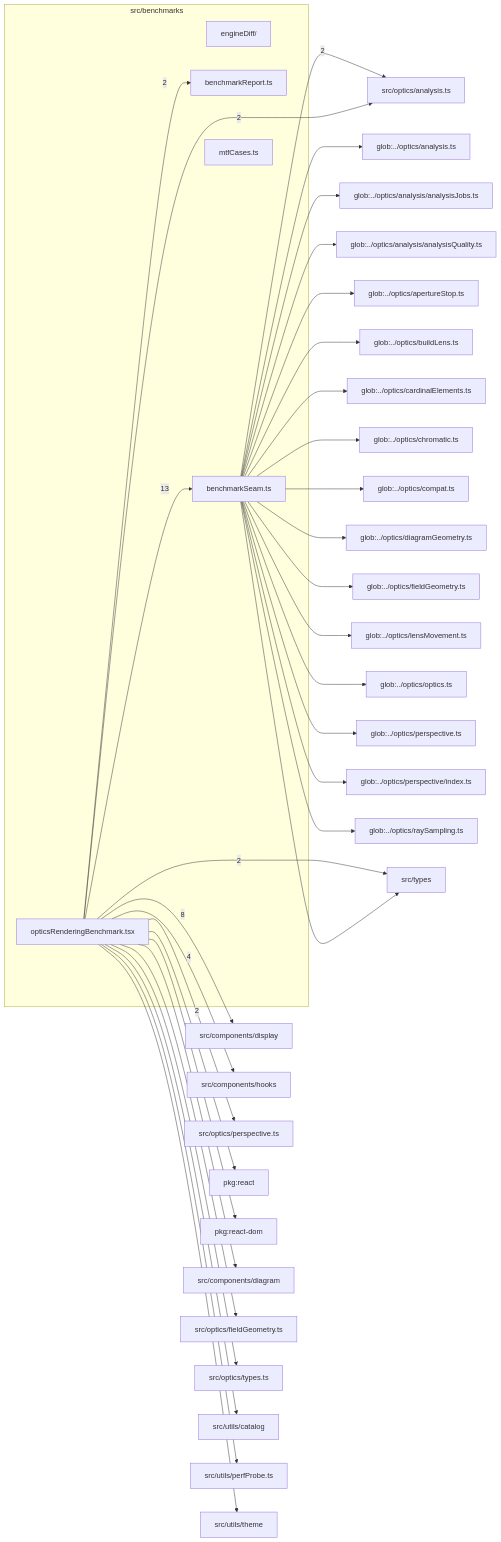
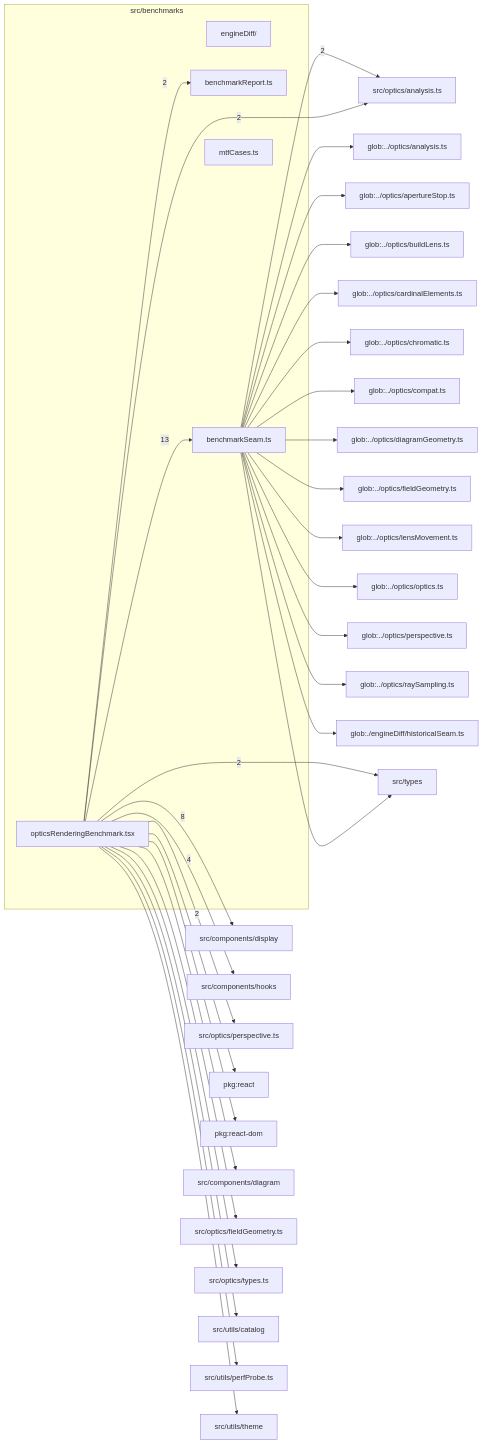
Before and after one commit to ronbuening/LensVisualizer: the diagram in src/benchmarks/readme.md, drawn with Mermaid. The commit also changed other lines of this file and 12 other files, not shown here.

Commit message:
S8.P1.T3: historical seam paths excuse only missing files; read existing exports through barrels

````diff
--- a/src/benchmarks/readme.md
+++ b/src/benchmarks/readme.md
@@ -9,70 +9,66 @@
 ```mermaid
 flowchart LR
   subgraph n_src_benchmarks["src/benchmarks"]
     n_src_benchmarks_src_benchmarks_engineDiff["engineDiff/"]
     n_src_benchmarks_src_benchmarks_benchmarkReport_ts["benchmarkReport.ts"]
     n_src_benchmarks_src_benchmarks_benchmarkSeam_ts["benchmarkSeam.ts"]
     n_src_benchmarks_src_benchmarks_mtfCases_ts["mtfCases.ts"]
     n_src_benchmarks_src_benchmarks_opticsRenderingBenchmark_tsx["opticsRenderingBenchmark.tsx"]
   end
   n_external_src_components_display["src/components/display"]
   n_external_src_components_hooks["src/components/hooks"]
   n_external_src_optics_analysis_ts["src/optics/analysis.ts"]
   n_external_src_optics_perspective_ts["src/optics/perspective.ts"]
   n_external_src_types["src/types"]
   n_external_glob____optics_analysis_ts["glob:../optics/analysis.ts"]
-  n_external_glob____optics_analysis_analysisJobs_ts["glob:../optics/analysis/analysisJobs.ts"]
-  n_external_glob____optics_analysis_analysisQuality_ts["glob:../optics/analysis/analysisQuality.ts"]
   n_external_glob____optics_apertureStop_ts["glob:../optics/apertureStop.ts"]
   n_external_glob____optics_buildLens_ts["glob:../optics/buildLens.ts"]
   n_external_glob____optics_cardinalElements_ts["glob:../optics/cardinalElements.ts"]
   n_external_glob____optics_chromatic_ts["glob:../optics/chromatic.ts"]
   n_external_glob____optics_compat_ts["glob:../optics/compat.ts"]
   n_external_glob____optics_diagramGeometry_ts["glob:../optics/diagramGeometry.ts"]
   n_external_glob____optics_fieldGeometry_ts["glob:../optics/fieldGeometry.ts"]
   n_external_glob____optics_lensMovement_ts["glob:../optics/lensMovement.ts"]
   n_external_glob____optics_optics_ts["glob:../optics/optics.ts"]
   n_external_glob____optics_perspective_ts["glob:../optics/perspective.ts"]
-  n_external_glob____optics_perspective_index_ts["glob:../optics/perspective/index.ts"]
   n_external_glob____optics_raySampling_ts["glob:../optics/raySampling.ts"]
+  n_external_glob___engineDiff_historicalSeam_ts["glob:./engineDiff/historicalSeam.ts"]
   n_external_pkg_react["pkg:react"]
   n_external_pkg_react_dom["pkg:react-dom"]
   n_external_src_components_diagram["src/components/diagram"]
   n_external_src_optics_fieldGeometry_ts["src/optics/fieldGeometry.ts"]
   n_external_src_optics_types_ts["src/optics/types.ts"]
   n_external_src_utils_catalog["src/utils/catalog"]
   n_external_src_utils_perfProbe_ts["src/utils/perfProbe.ts"]
   n_external_src_utils_theme["src/utils/theme"]
   n_src_benchmarks_src_benchmarks_opticsRenderingBenchmark_tsx --> |13| n_src_benchmarks_src_benchmarks_benchmarkSeam_ts
   n_src_benchmarks_src_benchmarks_opticsRenderingBenchmark_tsx --> |8| n_external_src_components_display
   n_src_benchmarks_src_benchmarks_opticsRenderingBenchmark_tsx --> |4| n_external_src_components_hooks
   n_src_benchmarks_src_benchmarks_benchmarkSeam_ts --> |2| n_external_src_optics_analysis_ts
   n_src_benchmarks_src_benchmarks_opticsRenderingBenchmark_tsx --> |2| n_external_src_optics_analysis_ts
   n_src_benchmarks_src_benchmarks_opticsRenderingBenchmark_tsx --> |2| n_external_src_optics_perspective_ts
   n_src_benchmarks_src_benchmarks_opticsRenderingBenchmark_tsx --> |2| n_external_src_types
   n_src_benchmarks_src_benchmarks_opticsRenderingBenchmark_tsx --> |2| n_src_benchmarks_src_benchmarks_benchmarkReport_ts
   n_src_benchmarks_src_benchmarks_benchmarkSeam_ts --> n_external_glob____optics_analysis_ts
-  n_src_benchmarks_src_benchmarks_benchmarkSeam_ts --> n_external_glob____optics_analysis_analysisJobs_ts
-  n_src_benchmarks_src_benchmarks_benchmarkSeam_ts --> n_external_glob____optics_analysis_analysisQuality_ts
   n_src_benchmarks_src_benchmarks_benchmarkSeam_ts --> n_external_glob____optics_apertureStop_ts
   n_src_benchmarks_src_benchmarks_benchmarkSeam_ts --> n_external_glob____optics_buildLens_ts
   n_src_benchmarks_src_benchmarks_benchmarkSeam_ts --> n_external_glob____optics_cardinalElements_ts
   n_src_benchmarks_src_benchmarks_benchmarkSeam_ts --> n_external_glob____optics_chromatic_ts
   n_src_benchmarks_src_benchmarks_benchmarkSeam_ts --> n_external_glob____optics_compat_ts
   n_src_benchmarks_src_benchmarks_benchmarkSeam_ts --> n_external_glob____optics_diagramGeometry_ts
   n_src_benchmarks_src_benchmarks_benchmarkSeam_ts --> n_external_glob____optics_fieldGeometry_ts
   n_src_benchmarks_src_benchmarks_benchmarkSeam_ts --> n_external_glob____optics_lensMovement_ts
   n_src_benchmarks_src_benchmarks_benchmarkSeam_ts --> n_external_glob____optics_optics_ts
   n_src_benchmarks_src_benchmarks_benchmarkSeam_ts --> n_external_glob____optics_perspective_ts
-  n_src_benchmarks_src_benchmarks_benchmarkSeam_ts --> n_external_glob____optics_perspective_index_ts
   n_src_benchmarks_src_benchmarks_benchmarkSeam_ts --> n_external_glob____optics_raySampling_ts
+  n_src_benchmarks_src_benchmarks_benchmarkSeam_ts --> n_external_glob___engineDiff_historicalSeam_ts
   n_src_benchmarks_src_benchmarks_opticsRenderingBenchmark_tsx --> n_external_pkg_react
   n_src_benchmarks_src_benchmarks_opticsRenderingBenchmark_tsx --> n_external_pkg_react_dom
   n_src_benchmarks_src_benchmarks_opticsRenderingBenchmark_tsx --> n_external_src_components_diagram
   n_src_benchmarks_src_benchmarks_opticsRenderingBenchmark_tsx --> n_external_src_optics_fieldGeometry_ts
   n_src_benchmarks_src_benchmarks_opticsRenderingBenchmark_tsx --> n_external_src_optics_types_ts
   n_src_benchmarks_src_benchmarks_benchmarkSeam_ts --> n_external_src_types
   n_src_benchmarks_src_benchmarks_opticsRenderingBenchmark_tsx --> n_external_src_utils_catalog
   n_src_benchmarks_src_benchmarks_opticsRenderingBenchmark_tsx --> n_external_src_utils_perfProbe_ts
   n_src_benchmarks_src_benchmarks_opticsRenderingBenchmark_tsx --> n_external_src_utils_theme
 ```
````
